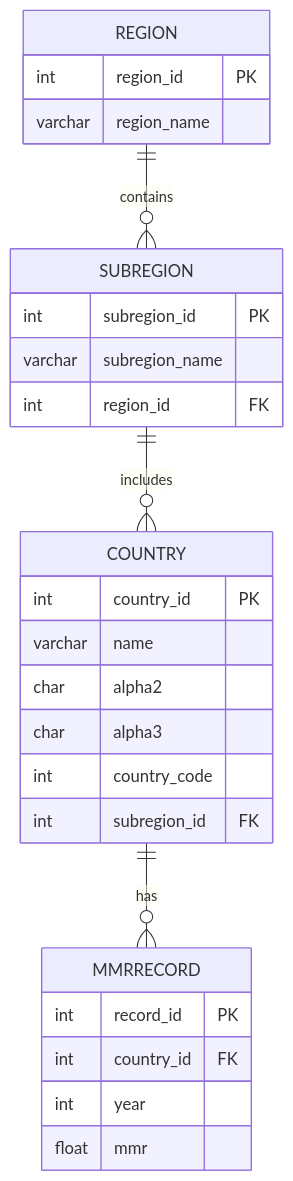
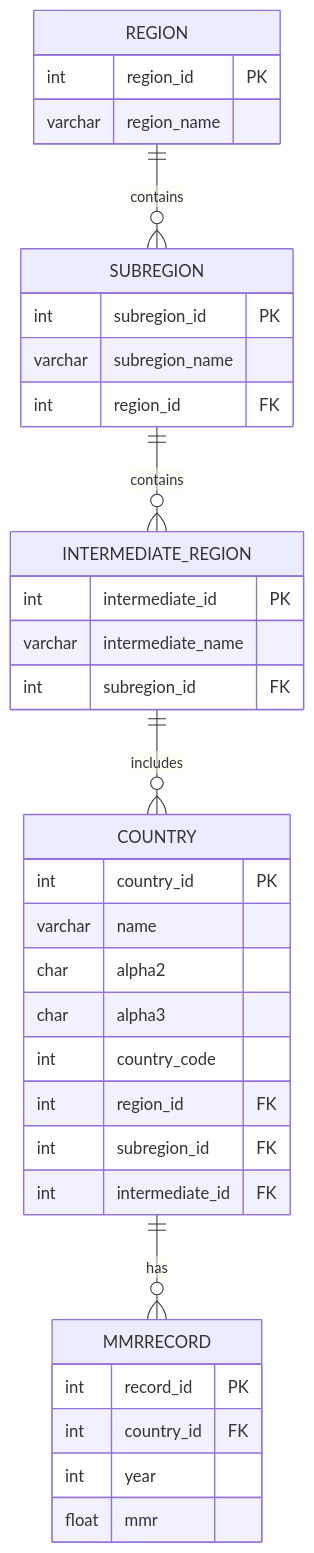
The diagram in README.md (zhangmia20020902-lab/SE2025_Final_M11405103), drawn with Mermaid before and after one commit. The commit also changed other lines of this file, not shown here.

````diff
--- a/README.md
+++ b/README.md
@@ -6,34 +10,43 @@
 ```mermaid
 erDiagram
 
     REGION {
         int region_id PK
         varchar region_name
     }
 
     SUBREGION {
         int subregion_id PK
         varchar subregion_name
         int region_id FK
     }
 
+    INTERMEDIATE_REGION {
+        int intermediate_id PK
+        varchar intermediate_name
+        int subregion_id FK
+    }
+
     COUNTRY {
         int country_id PK
         varchar name
         char alpha2
         char alpha3
         int country_code
+        int region_id FK
         int subregion_id FK
+        int intermediate_id FK
     }
 
     MMRRECORD {
         int record_id PK
         int country_id FK
         int year
         float mmr
     }
 
     REGION ||--o{ SUBREGION : contains
-    SUBREGION ||--o{ COUNTRY : includes
+    SUBREGION ||--o{ INTERMEDIATE_REGION : contains
+    INTERMEDIATE_REGION ||--o{ COUNTRY : includes
     COUNTRY ||--o{ MMRRECORD : has
 ```
````
